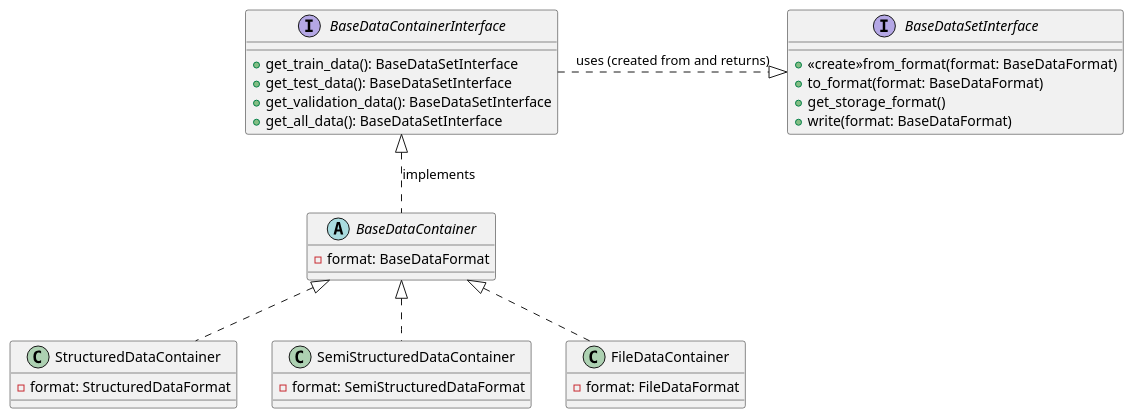
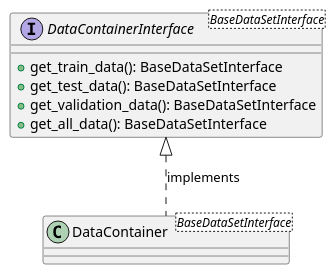
One commit to tloeber/ML-interfaces changed the diagram in docs/uml/data_container_interfaces.puml. Above: the diagram before and after it, drawn with PlantUML. The commit also changed 1 other file, not shown here.

Commit message:
Model usage of Generics for DataContainer in UML and add explanation.

```diff
--- a/docs/uml/data_container_interfaces.puml
+++ b/docs/uml/data_container_interfaces.puml
@@ -1,37 +1,13 @@
 @startuml
-interface BaseDataContainerInterface {
+interface DataContainerInterface <BaseDataSetInterface> {
   +get_train_data(): BaseDataSetInterface
   +get_test_data(): BaseDataSetInterface
   +get_validation_data(): BaseDataSetInterface
   +get_all_data(): BaseDataSetInterface
 }
 
-interface BaseDataSetInterface{
-  +<<create>>from_format(format: BaseDataFormat)
-  +to_format(format: BaseDataFormat)
-  +get_storage_format()
-  +write(format: BaseDataFormat)
+class DataContainer <BaseDataSetInterface> {
+}
+DataContainerInterface <|.. DataContainer : implements
 
-}
-
-BaseDataContainerInterface .right.|> BaseDataSetInterface: uses (created from and returns)
-
-abstract class BaseDataContainer {
-  - format: BaseDataFormat
-}
-BaseDataContainerInterface <|.. BaseDataContainer : implements
-
-class StructuredDataContainer {
-  - format: StructuredDataFormat
-}
-class SemiStructuredDataContainer {
-  - format: SemiStructuredDataFormat
-}
-class FileDataContainer {
-  - format: FileDataFormat
-}
-
-StructuredDataContainer .up.|> BaseDataContainer
-SemiStructuredDataContainer .up.|> BaseDataContainer
-FileDataContainer .up.|> BaseDataContainer
 @enduml
```
